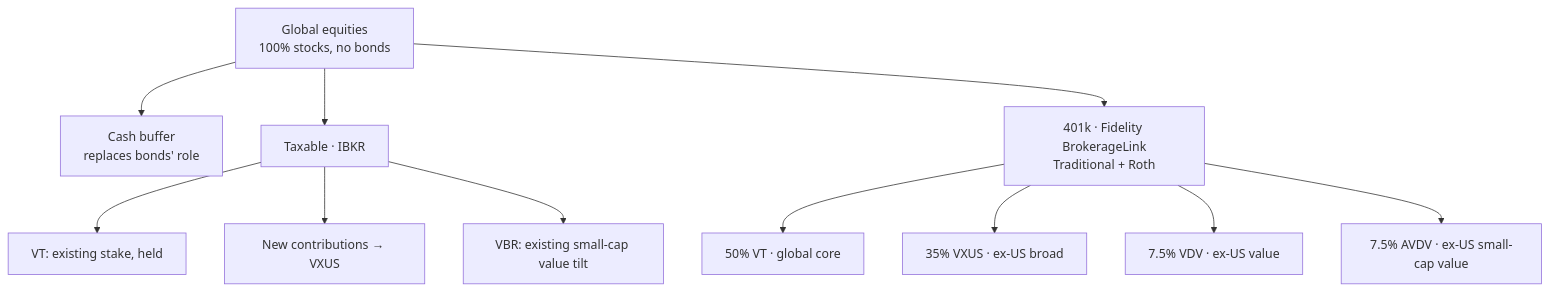
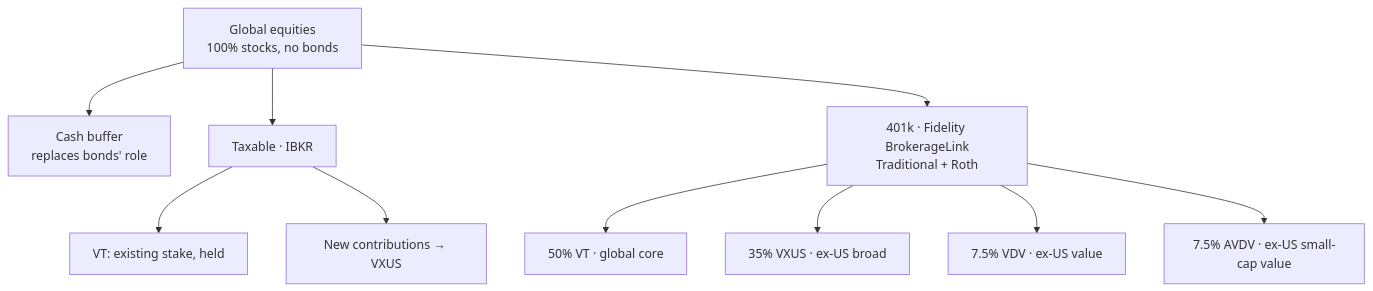
One commit to JasonSooter/functionalStoic changed the first of 7 diagrams in content/Investment Philosphy.md. Above: the diagram before and after it, drawn with Mermaid. The commit also changed other lines of this file, not shown here.

Commit message:
Investment Philosophy: drop VBR

````diff
--- a/content/Investment Philosphy.md
+++ b/content/Investment Philosphy.md
@@ -27,13 +28,12 @@
 ```mermaid
 flowchart TD
     A[Global equities<br/>100% stocks, no bonds] --> B[Cash buffer<br/>replaces bonds' role]
     A --> C[Taxable · IBKR]
     A --> D[401k · Fidelity BrokerageLink<br/>Traditional + Roth]
     C --> C1[VT: existing stake, held]
     C --> C2[New contributions → VXUS]
-    C --> C3[VBR: existing small-cap value tilt]
     D --> D1[50% VT · global core]
     D --> D2[35% VXUS · ex-US broad]
     D --> D3[7.5% VDV · ex-US value]
     D --> D4[7.5% AVDV · ex-US small-cap value]
 ```
````
